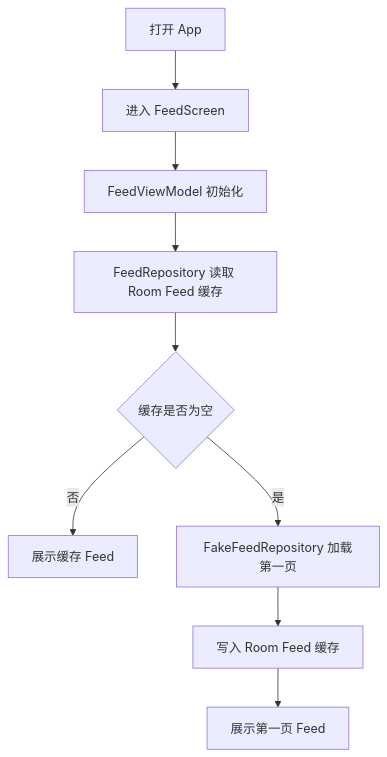
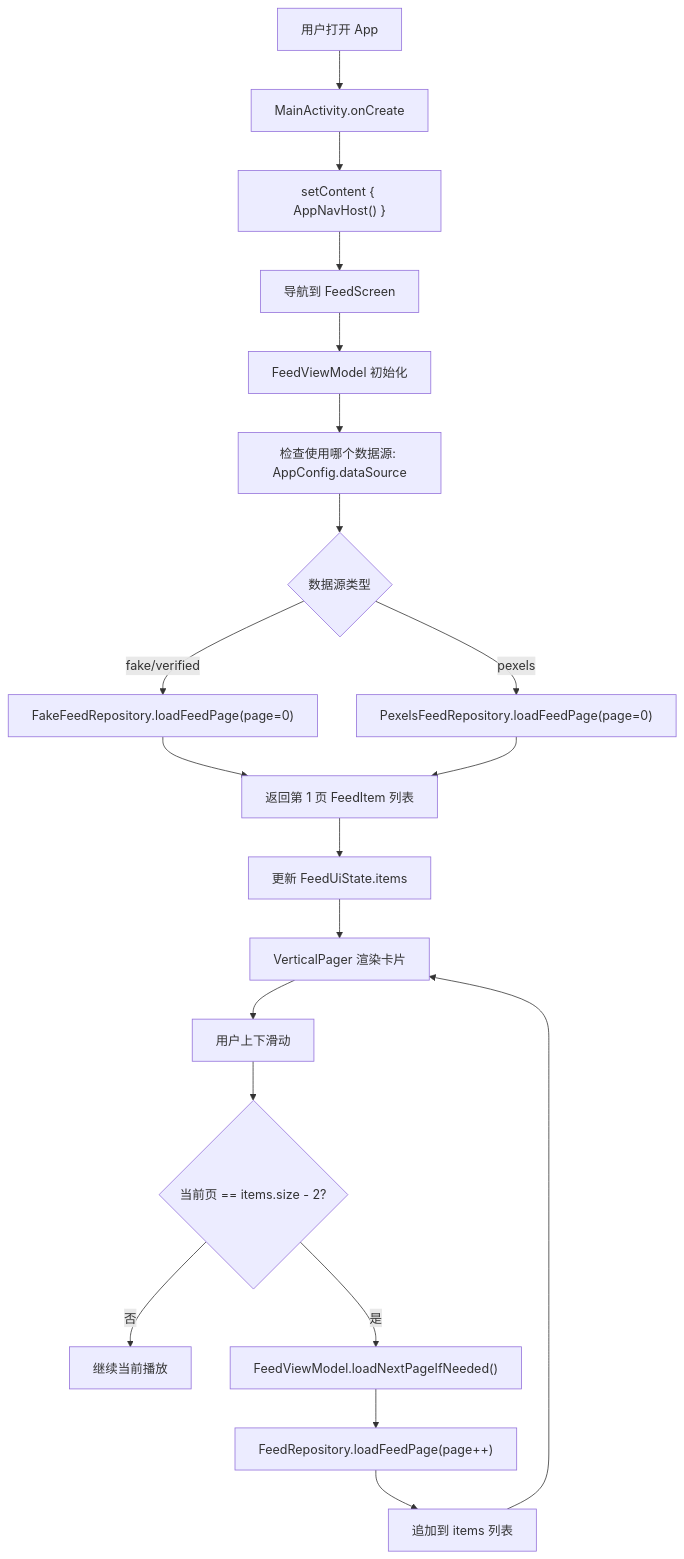
Before and after one commit to Tmilk123/Android: the third of 9 diagrams in docs/technical_design.md, drawn with Mermaid. The commit also changed other lines of this file and 2 other files, not shown here.

First line of the commit message:
滑动流畅度优化: snapshotFlow + PagerSnapDistance + 降频

````diff
--- a/docs/technical_design.md
+++ b/docs/technical_design.md
@@ -114,11 +521,23 @@
 ```mermaid
 flowchart TD
-    A["打开 App"] --> B["进入 FeedScreen"]
-    B --> C["FeedViewModel 初始化"]
-    C --> D["FeedRepository 读取 Room Feed 缓存"]
-    D --> E{"缓存是否为空"}
-    E -- "否" --> F["展示缓存 Feed"]
-    E -- "是" --> G["FakeFeedRepository 加载第一页"]
-    G --> H["写入 Room Feed 缓存"]
-    H --> I["展示第一页 Feed"]
+    A["用户打开 App"] --> B["MainActivity.onCreate"]
+    B --> C["setContent { AppNavHost() }"]
+    C --> D["导航到 FeedScreen"]
+    D --> E["FeedViewModel 初始化"]
+    E --> F["检查使用哪个数据源: AppConfig.dataSource"]
+    F --> G{"数据源类型"}
+    G -- "fake/verified" --> H["FakeFeedRepository.loadFeedPage(page=0)"]
+    G -- "pexels" --> I["PexelsFeedRepository.loadFeedPage(page=0)"]
+    H --> J["返回第 1 页 FeedItem 列表"]
+    I --> J
+    J --> K["更新 FeedUiState.items"]
+    K --> L["VerticalPager 渲染卡片"]
+    L --> M["用户上下滑动"]
+
+    M --> N{"当前页 == items.size - 2?"}
+    N -- "否" --> O["继续当前播放"]
+    N -- "是" --> P["FeedViewModel.loadNextPageIfNeeded()"]
+    P --> Q["FeedRepository.loadFeedPage(page++)"]
+    Q --> R["追加到 items 列表"]
+    R --> L
 ```
````
